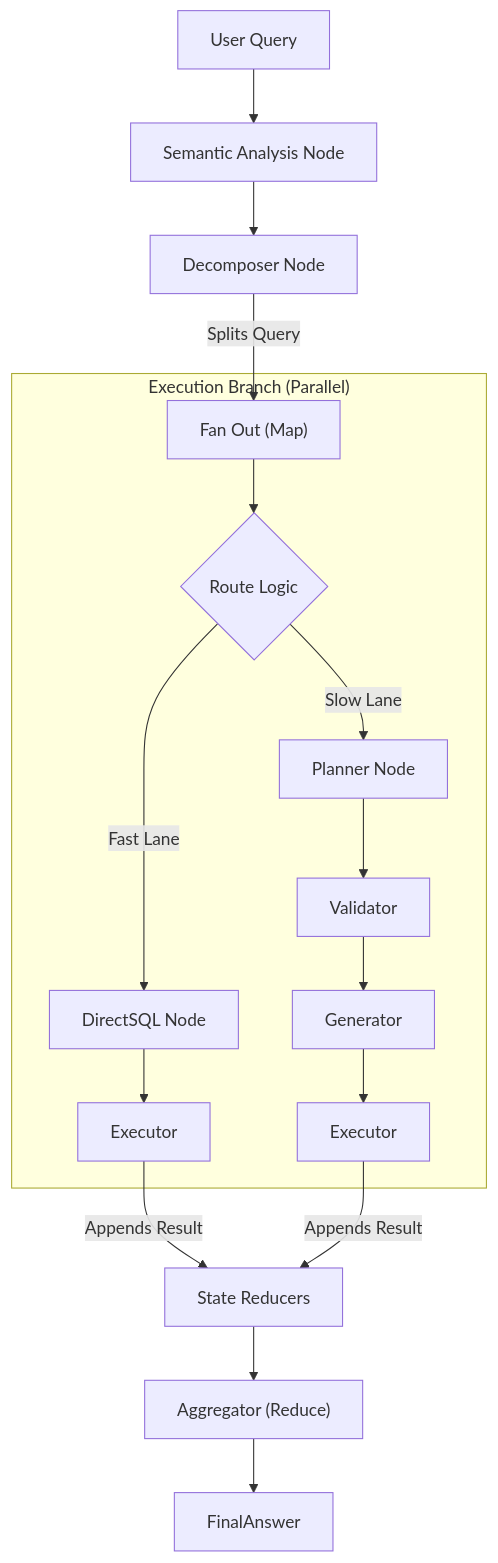
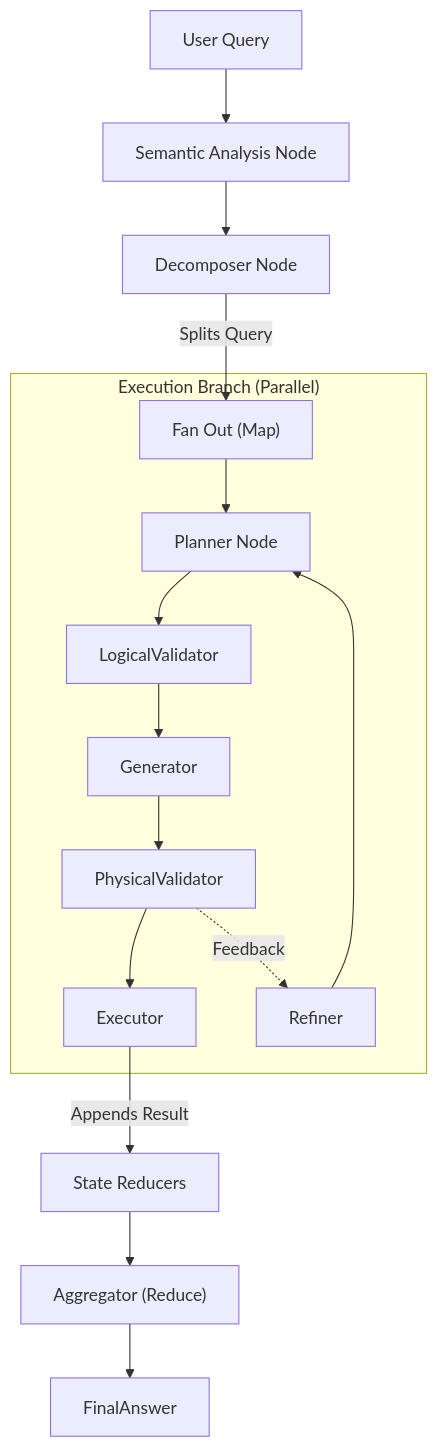
One commit to nadeem4/nl2sql changed the diagram in README.md. Above: the diagram before and after it, drawn with Mermaid. The commit also changed other lines of this file and 26 other files, not shown here.

Commit message:
feat: introduce aggregator and validator pipeline nodes, subgraphs, and comprehensive unit tests for enhanced SQL generation and execution.

````diff
--- a/README.md
+++ b/README.md
@@ -103,22 +103,21 @@
 ```mermaid
 graph TD
     UserQuery["User Query"] --> Semantic["Semantic Analysis Node"]
     Semantic --> Decomposer["Decomposer Node"]
     Decomposer -- "Splits Query" --> MapBranching["Fan Out (Map)"]
 
     subgraph ExecutionBranch ["Execution Branch (Parallel)"]
-        MapBranching --> RouteLogic{"Route Logic"}
-        RouteLogic -- "Fast Lane" --> DirectSQL["DirectSQL Node"]
-        DirectSQL --> FastExecutor["Executor"]
+        MapBranching --> Planner["Planner Node"]
+        Planner --> LogicalValidator
+        LogicalValidator --> Generator
+        Generator --> PhysicalValidator
+        PhysicalValidator --> Executor
         
-        RouteLogic -- "Slow Lane" --> Planner["Planner Node"]
-        Planner --> Validator
-        Validator --> Generator
-        Generator --> Executor
+        PhysicalValidator -. "Feedback" .-> Refiner["Refiner"]
+        Refiner --> Planner
     end
 
-    FastExecutor -- "Appends Result" --> StateAggregation["State Reducers"]
-    Executor -- "Appends Result" --> StateAggregation
+    Executor -- "Appends Result" --> StateAggregation["State Reducers"]
     StateAggregation --> Aggregator["Aggregator (Reduce)"]
     Aggregator --> FinalAnswer
 ```
````
